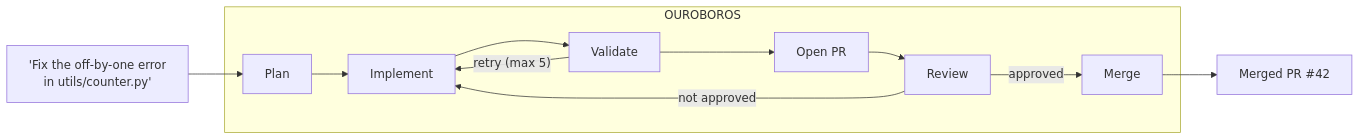
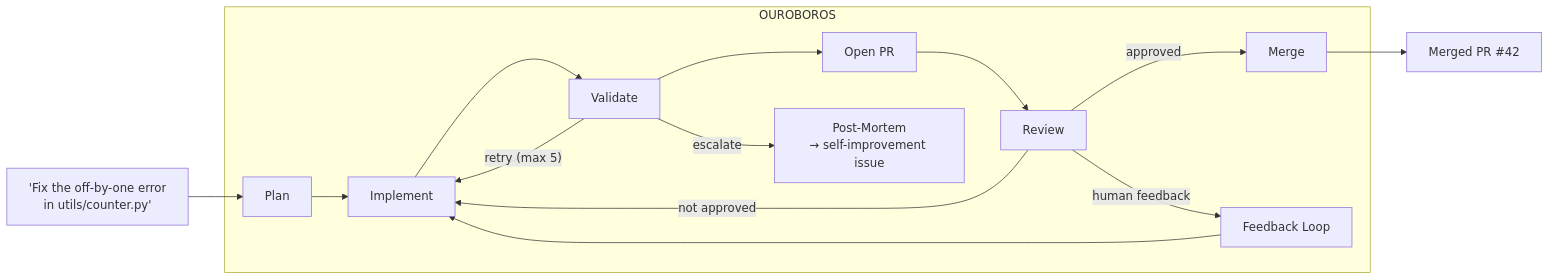
The first of 9 diagrams in README.md (Tanush1912/ouroboros), drawn with Mermaid before and after one commit. The commit also changed other lines of this file, not shown here.

````diff
--- a/README.md
+++ b/README.md
@@ -32,11 +32,14 @@
 ```mermaid
 flowchart LR
     Task["'Fix the off-by-one error\nin utils/counter.py'"] --> Plan
     subgraph OUROBOROS
         Plan --> Implement --> Validate --> OpenPR["Open PR"] --> Review
         Validate -- "retry (max 5)" --> Implement
         Review -- "approved" --> Merge
         Review -- "not approved" --> Implement
+        Review -- "human feedback" --> Feedback["Feedback Loop"]
+        Feedback --> Implement
+        Validate -- "escalate" --> PostMortem["Post-Mortem\n→ self-improvement issue"]
     end
     Merge --> Done["Merged PR #42"]
 ```
````
